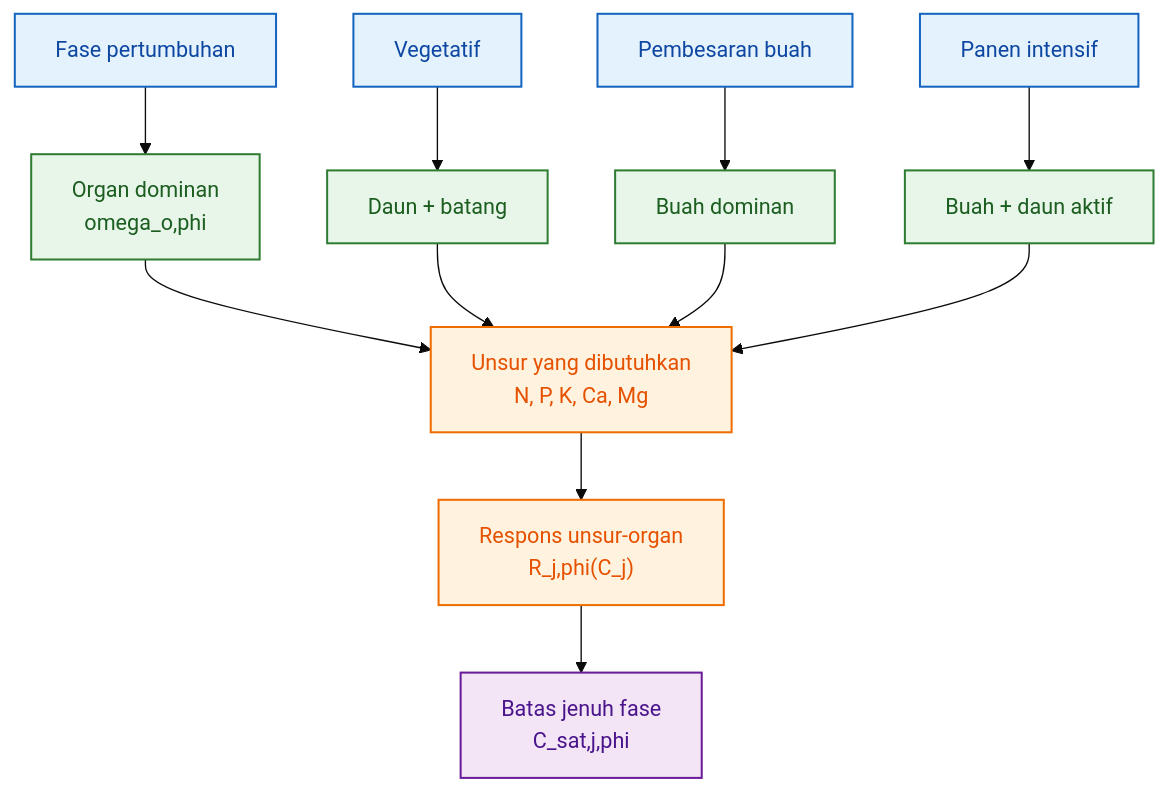
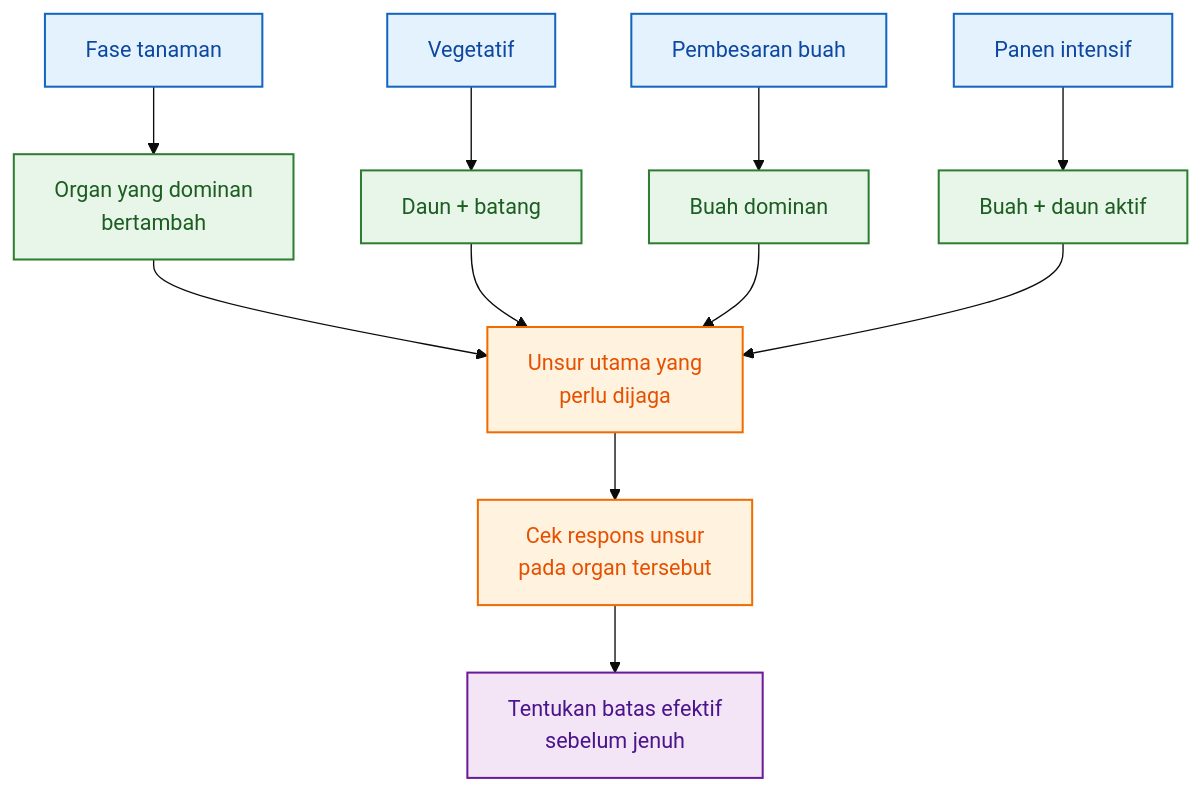
The seventh of 15 diagrams in content/blog/agri/kebon/model-formula-hara.mdx (slametsampon/kawruhnology), drawn with Mermaid (base theme) before and after one commit. The commit also changed other lines of this file and 4 other files, not shown here.

````diff
--- a/content/blog/agri/kebon/model-formula-hara.mdx
+++ b/content/blog/agri/kebon/model-formula-hara.mdx
@@ -1673,25 +1529,25 @@
 ```mermaid id="bab6-unsur-organ"
 flowchart TD
-    A["Fase pertumbuhan"] --> B["Organ dominan<br/>omega_o,phi"]
-    B --> C["Unsur yang dibutuhkan<br/>N, P, K, Ca, Mg"]
-    C --> D["Respons unsur-organ<br/>R_j,phi(C_j)"]
-    D --> E["Batas jenuh fase<br/>C_sat,j,phi"]
+    A["Fase tanaman"] --> B["Organ yang dominan<br/>bertambah"]
+    B --> C["Unsur utama yang<br/>perlu dijaga"]
+    C --> D["Cek respons unsur<br/>pada organ tersebut"]
+    D --> E["Tentukan batas efektif<br/>sebelum jenuh"]
 
     A1["Vegetatif"] --> B1["Daun + batang"]
     A2["Pembesaran buah"] --> B2["Buah dominan"]
     A3["Panen intensif"] --> B3["Buah + daun aktif"]
 
     B1 --> C
     B2 --> C
     B3 --> C
 
     classDef fase fill:#E3F2FD,stroke:#1565C0,stroke-width:1.5px,color:#0D47A1;
     classDef organ fill:#E8F5E9,stroke:#2E7D32,stroke-width:1.5px,color:#1B5E20;
     classDef unsur fill:#FFF3E0,stroke:#EF6C00,stroke-width:1.5px,color:#E65100;
     classDef hasil fill:#F3E5F5,stroke:#6A1B9A,stroke-width:1.5px,color:#4A148C;
 
     class A,A1,A2,A3 fase;
     class B,B1,B2,B3 organ;
     class C,D unsur;
     class E hasil;
 ```
````
